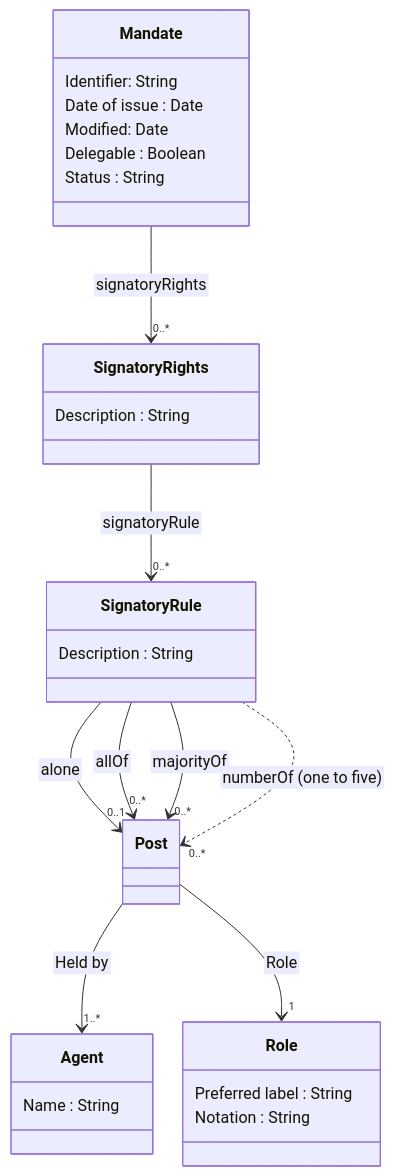
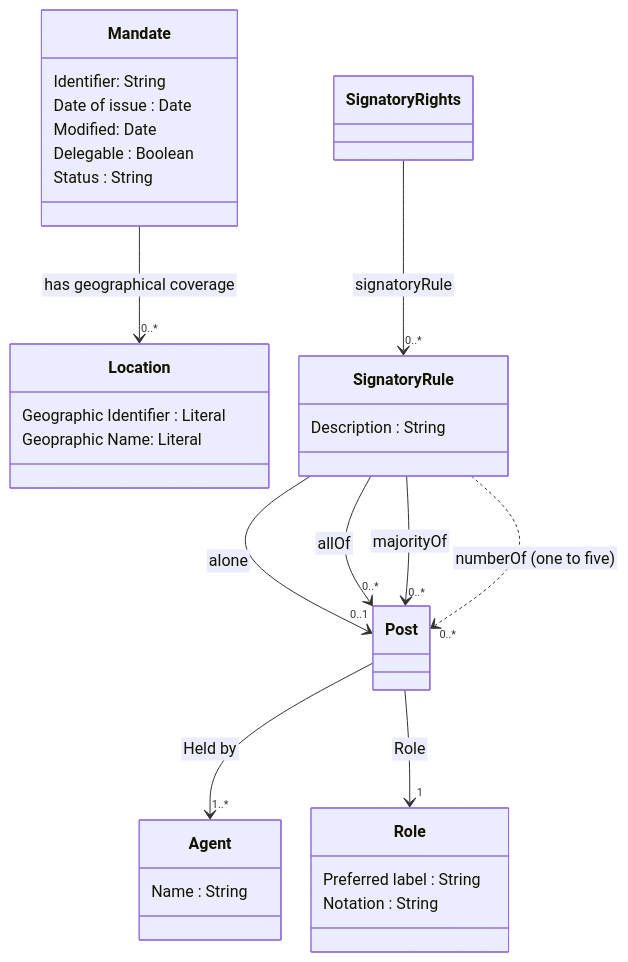
One commit to nordicsmartgovernment/Nordic-Signatory-Rights-Model changed the diagram in README.md. Above: the diagram before and after it, drawn with Mermaid.

````diff
--- a/README.md
+++ b/README.md
@@ -22,46 +22,47 @@
 ```mermaid
  %%{init:{'flowchart':{'nodeSpacing': 30, 'rankSpacing': 95, 'htmlLabels': false}}}%%
     classDiagram
        
         class Mandate {
             Identifier: String
             Date of issue : Date
             Modified: Date
             Delegable : Boolean
             Status : String
         }
 
-        Mandate --> "0..*" SignatoryRights : signatoryRights
+        Mandate --> "0..*" Location : has geographical coverage
 
-        class SignatoryRights {
-            Description : String
+        class Location {
+            Geographic Identifier : Literal
+            Geopraphic Name: Literal
         }
 
         SignatoryRights --> "0..*" SignatoryRule : signatoryRule
 
         class SignatoryRule {
             Description : String
         }
 
         SignatoryRule --> "0..1" Post : alone
         SignatoryRule --> "0..*" Post : allOf
         SignatoryRule --> "0..*" Post : majorityOf
         SignatoryRule ..> "0..*" Post : numberOf (one to five)
 
         class Post {
 
         }
 
         Post --> "1..*" Agent : Held by
         Post --> "1" Role : Role
 
         class Role {
             Preferred label : String
             Notation : String
         }
 
         class Agent {
             Name : String
         }
 
 ```
````
